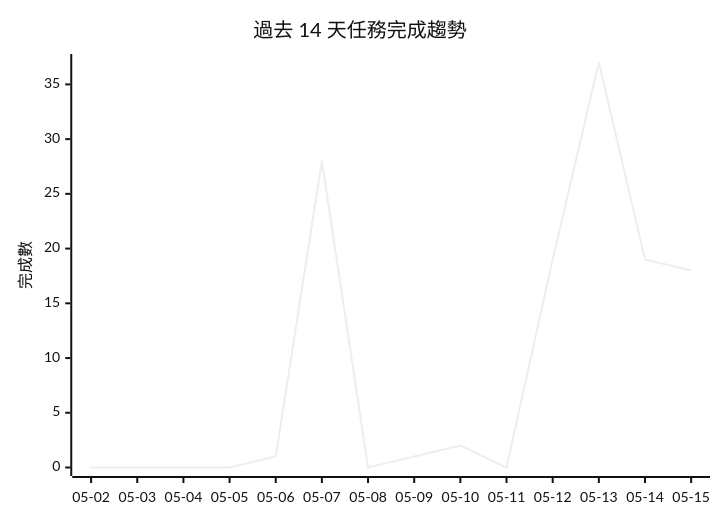
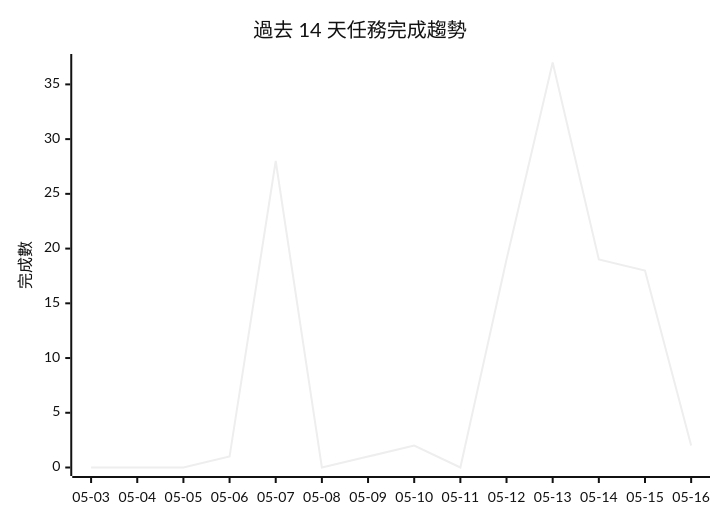
The diagram in README.md (openclawchen8-lgtm/openclawchen8-lgtm), drawn with Mermaid (neutral theme) before and after one commit. The commit also changed other lines of this file, not shown here.

````diff
--- a/README.md
+++ b/README.md
@@ -162,7 +162,7 @@
 ```mermaid
 xychart-beta
     title "過去 14 天任務完成趨勢"
-    x-axis ["05-02", "05-03", "05-04", "05-05", "05-06", "05-07", "05-08", "05-09", "05-10", "05-11", "05-12", "05-13", "05-14", "05-15"]
+    x-axis ["05-03", "05-04", "05-05", "05-06", "05-07", "05-08", "05-09", "05-10", "05-11", "05-12", "05-13", "05-14", "05-15", "05-16"]
     y-axis "完成數" 0 --> 37
-    line [0, 0, 0, 0, 1, 28, 0, 1, 2, 0, 19, 37, 19, 18]
+    line [0, 0, 0, 1, 28, 0, 1, 2, 0, 19, 37, 19, 18, 2]
 ```
````
